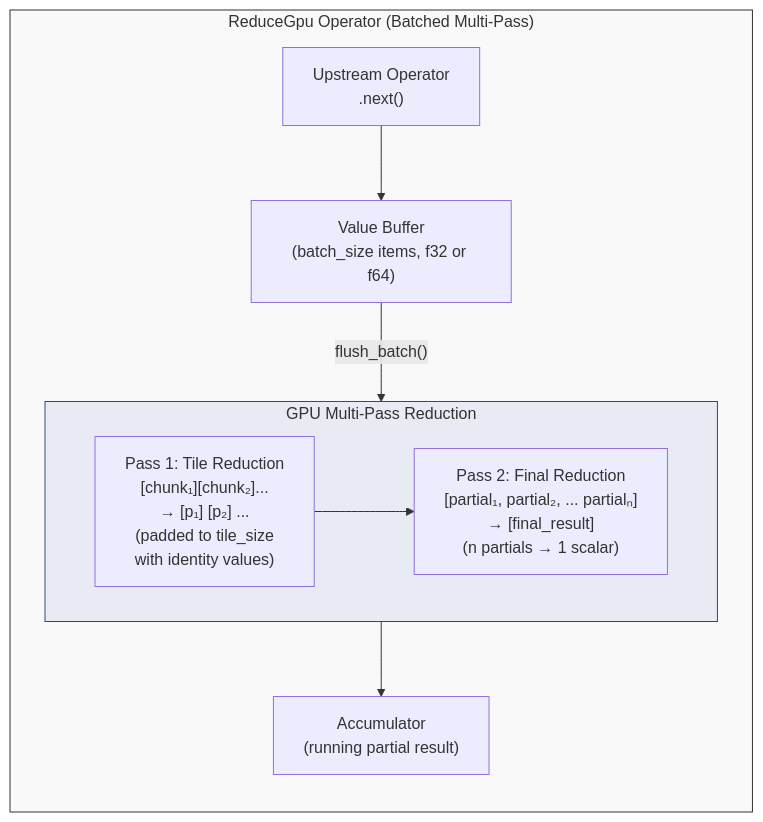
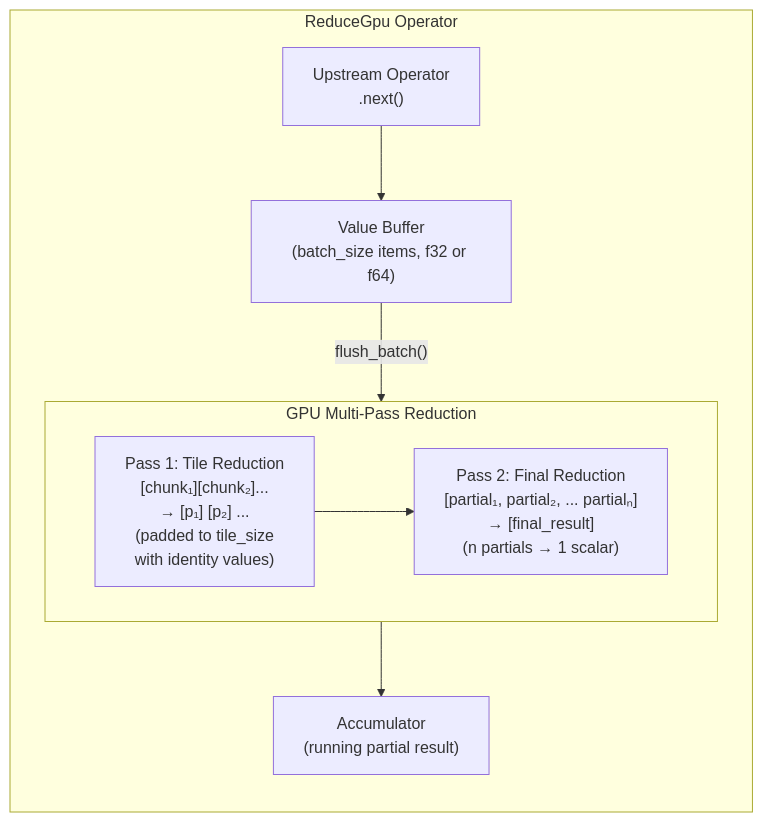
Before and after one commit to alirezaazadi/renoir: diagram 12 of 45 in docs/GPU_MAP_OPERATOR.md, drawn with Mermaid. The commit also changed other lines of this file, not shown here.

Commit message:
doc: fix the mermaid charts issues

````diff
--- a/docs/GPU_MAP_OPERATOR.md
+++ b/docs/GPU_MAP_OPERATOR.md
@@ -710,19 +678,16 @@
 ```mermaid
 flowchart TB
-    subgraph ReduceGpu["ReduceGpu Operator (Batched Multi-Pass)"]
+    subgraph ReduceGpu["ReduceGpu Operator"]
         direction TB
-        UP["Upstream Operator\n.next()"] --> VB["Value Buffer\n(batch_size items, f32 or f64)"]
+        UP["Upstream Operator<br/>.next()"] --> VB["Value Buffer<br/>(batch_size items, f32 or f64)"]
         VB -->|"flush_batch()"| GPU
 
         subgraph GPU["GPU Multi-Pass Reduction"]
             direction LR
-            P1["Pass 1: Tile Reduction\n[chunk₁][chunk₂]...\n→ [p₁] [p₂] ...\n(padded to tile_size\nwith identity values)"]
-            P1 --> P2["Pass 2: Final Reduction\n[partial₁, partial₂, ... partialₙ]\n→ [final_result]\n(n partials → 1 scalar)"]
+            P1["Pass 1: Tile Reduction<br/>[chunk₁][chunk₂]...<br/>→ [p₁] [p₂] ...<br/>(padded to tile_size<br/>with identity values)"]
+            P1 --> P2["Pass 2: Final Reduction<br/>[partial₁, partial₂, ... partialₙ]<br/>→ [final_result]<br/>(n partials → 1 scalar)"]
         end
 
-        GPU --> ACC["Accumulator\n(running partial result)"]
+        GPU --> ACC["Accumulator<br/>(running partial result)"]
     end
-
-    style ReduceGpu fill:#f9f9f9,stroke:#333
-    style GPU fill:#e8eaf4,stroke:#2d4a86
 ```
````
